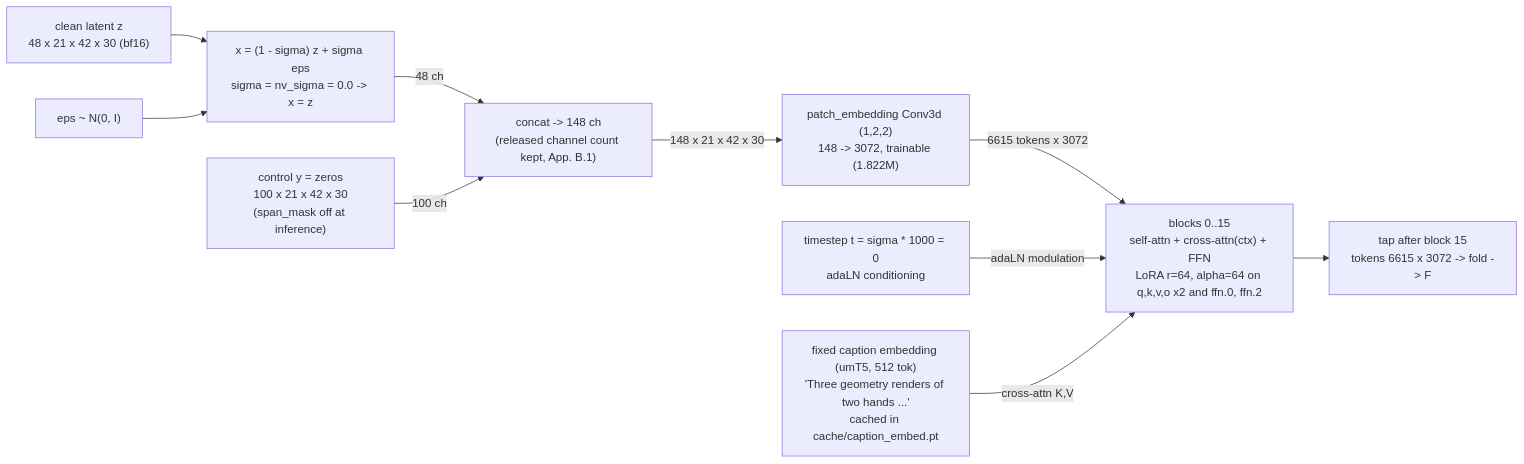
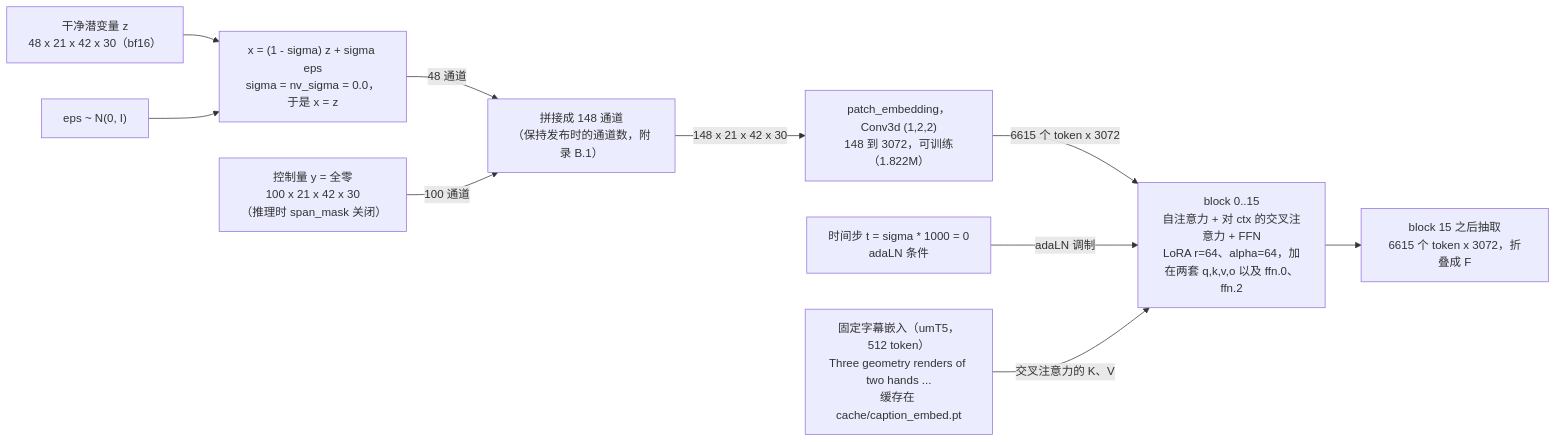
One commit to Ziyang-Li-AILab/liziyang_projects changed the second of 6 diagrams in repro/2608.20308/method-flowchart.md. Above: the diagram before and after it, drawn with Mermaid. The commit also changed other lines of this file and 30 other files, not shown here.

````diff
--- a/repro/2608.20308/method-flowchart.md
+++ b/repro/2608.20308/method-flowchart.md
@@ -66,23 +66,23 @@
 ```mermaid
 flowchart LR
-    Z["clean latent z<br/>48 x 21 x 42 x 30 (bf16)"]
+    Z["干净潜变量 z<br/>48 x 21 x 42 x 30（bf16）"]
     EPS["eps ~ N(0, I)"]
-    MIX["x = (1 - sigma) z + sigma eps<br/>sigma = nv_sigma = 0.0 -> x = z"]
-    CTRL["control y = zeros<br/>100 x 21 x 42 x 30<br/>(span_mask off at inference)"]
-    CAT["concat -> 148 ch<br/>(released channel count kept, App. B.1)"]
-    PE["patch_embedding Conv3d (1,2,2)<br/>148 -> 3072, trainable (1.822M)"]
-    T["timestep t = sigma * 1000 = 0<br/>adaLN conditioning"]
-    CTX["fixed caption embedding (umT5, 512 tok)<br/>'Three geometry renders of two hands ...'<br/>cached in cache/caption_embed.pt"]
-    BLK["blocks 0..15<br/>self-attn + cross-attn(ctx) + FFN<br/>LoRA r=64, alpha=64 on q,k,v,o x2 and ffn.0, ffn.2"]
-    TAP["tap after block 15<br/>tokens 6615 x 3072 -> fold -> F"]
+    MIX["x = (1 - sigma) z + sigma eps<br/>sigma = nv_sigma = 0.0，于是 x = z"]
+    CTRL["控制量 y = 全零<br/>100 x 21 x 42 x 30<br/>（推理时 span_mask 关闭）"]
+    CAT["拼接成 148 通道<br/>（保持发布时的通道数，附录 B.1）"]
+    PE["patch_embedding，Conv3d (1,2,2)<br/>148 到 3072，可训练（1.822M）"]
+    T["时间步 t = sigma * 1000 = 0<br/>adaLN 条件"]
+    CTX["固定字幕嵌入（umT5，512 token）<br/>Three geometry renders of two hands ...<br/>缓存在 cache/caption_embed.pt"]
+    BLK["block 0..15<br/>自注意力 + 对 ctx 的交叉注意力 + FFN<br/>LoRA r=64、alpha=64，加在两套 q,k,v,o 以及 ffn.0、ffn.2"]
+    TAP["block 15 之后抽取<br/>6615 个 token x 3072，折叠成 F"]
 
     Z --> MIX
     EPS --> MIX
-    MIX -->|"48 ch"| CAT
-    CTRL -->|"100 ch"| CAT
+    MIX -->|"48 通道"| CAT
+    CTRL -->|"100 通道"| CAT
     CAT -->|"148 x 21 x 42 x 30"| PE
-    PE -->|"6615 tokens x 3072"| BLK
-    T -->|"adaLN modulation"| BLK
-    CTX -->|"cross-attn K,V"| BLK
+    PE -->|"6615 个 token x 3072"| BLK
+    T -->|"adaLN 调制"| BLK
+    CTX -->|"交叉注意力的 K、V"| BLK
     BLK --> TAP
 ```
````
